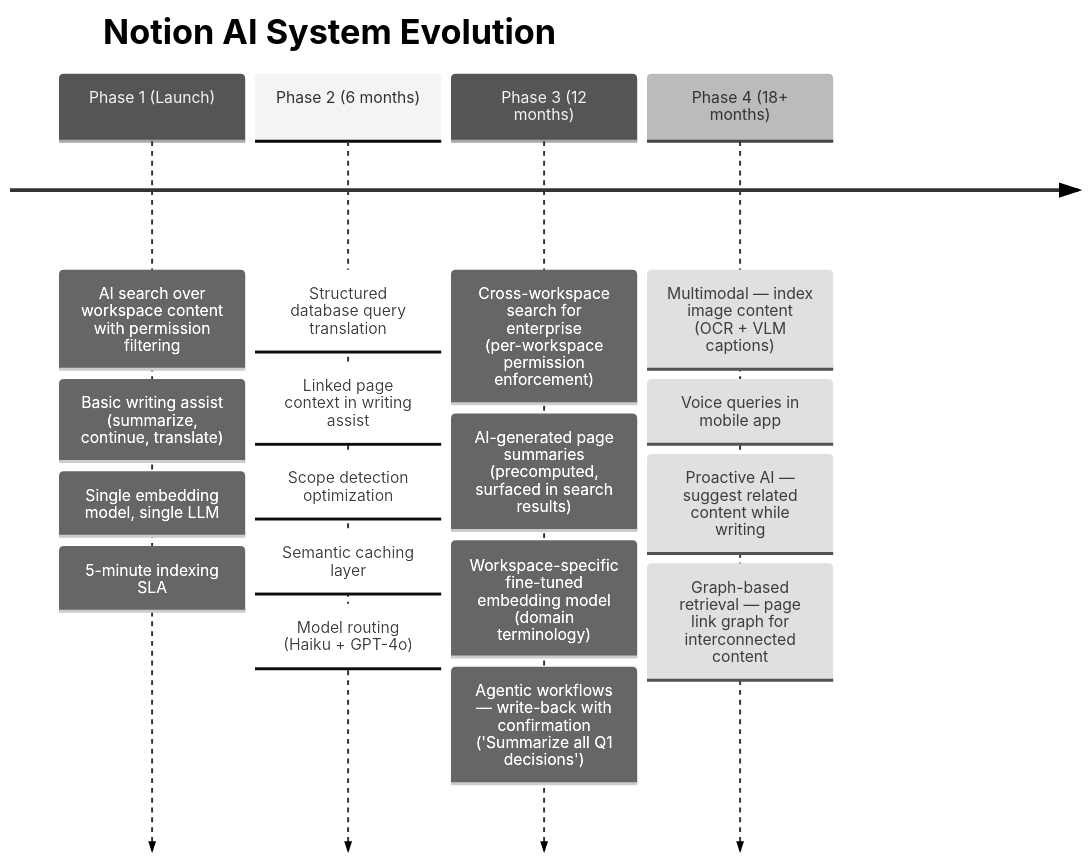
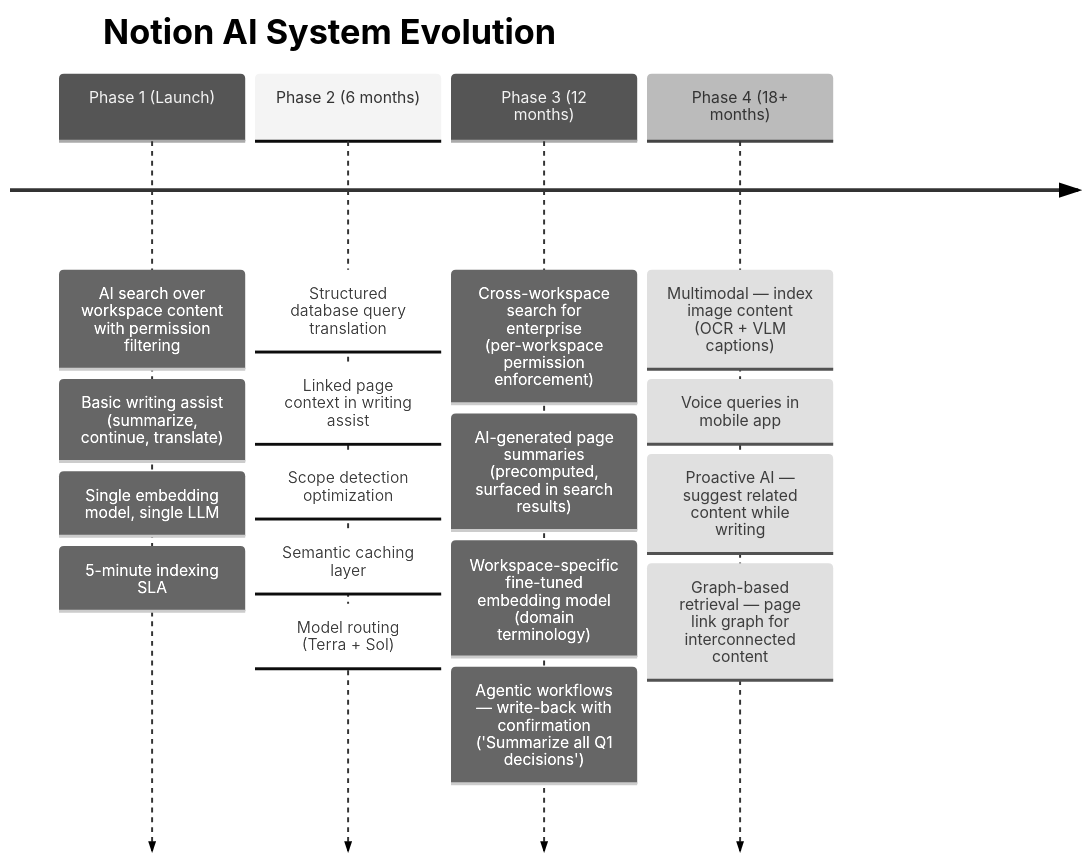
Before and after one commit to rppol/system-design: the third of 3 diagrams in src/main/java/com/rutik/systemdesign/llm/case_studies/design_notion_ai.md, drawn with Mermaid (neutral theme). The commit also changed other lines of this file and 25 other files, not shown here.

````diff
--- a/src/main/java/com/rutik/systemdesign/llm/case_studies/design_notion_ai.md
+++ b/src/main/java/com/rutik/systemdesign/llm/case_studies/design_notion_ai.md
@@ -1065,21 +803,21 @@
 ```mermaid
 timeline
     title Notion AI System Evolution
     Phase 1 (Launch) : AI search over workspace content with permission filtering
                      : Basic writing assist (summarize, continue, translate)
                      : Single embedding model, single LLM
                      : 5-minute indexing SLA
     Phase 2 (6 months) : Structured database query translation
                        : Linked page context in writing assist
                        : Scope detection optimization
                        : Semantic caching layer
-                       : Model routing (Haiku + GPT-4o)
+                       : Model routing (Terra + Sol)
     Phase 3 (12 months) : Cross-workspace search for enterprise (per-workspace permission enforcement)
                         : AI-generated page summaries (precomputed, surfaced in search results)
                         : Workspace-specific fine-tuned embedding model (domain terminology)
                         : Agentic workflows — write-back with confirmation ('Summarize all Q1 decisions')
     Phase 4 (18+ months) : Multimodal — index image content (OCR + VLM captions)
                          : Voice queries in mobile app
                          : Proactive AI — suggest related content while writing
                          : Graph-based retrieval — page link graph for interconnected content
 ```
````
